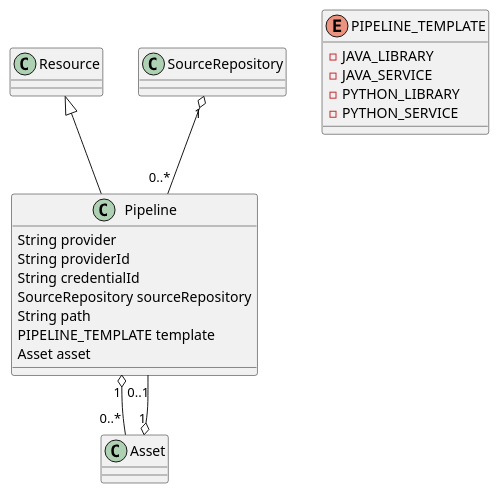
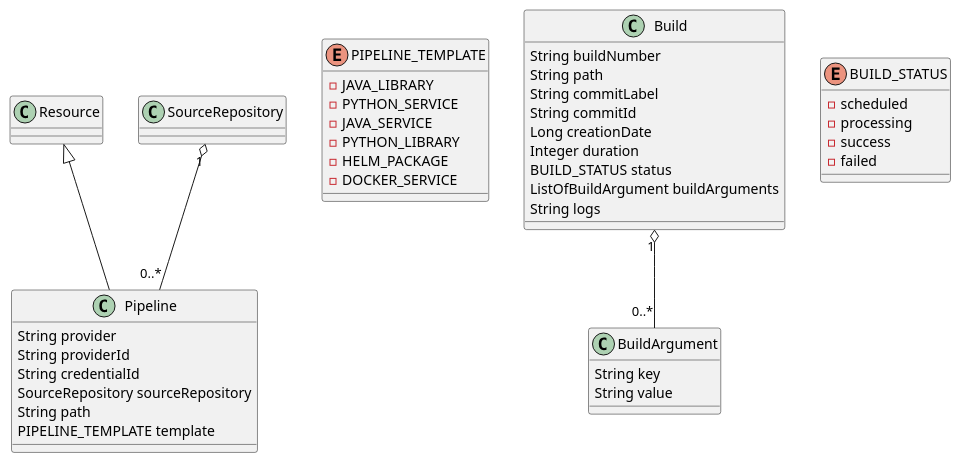
One commit to kathra-project/specifications changed the diagram in Use cases/Pipeline/model.puml. Above: the diagram before and after it, drawn with PlantUML. The commit also changed 26 other files, not shown here.

```diff
--- a/Use cases/Pipeline/model.puml
+++ b/Use cases/Pipeline/model.puml
@@ -1,24 +1,48 @@
 @startuml
 class  Pipeline {
   String provider
   String providerId
   String credentialId
   SourceRepository sourceRepository
   String path
   PIPELINE_TEMPLATE template
-  Asset asset
 }
-Pipeline "1" o-- "0..*" Asset
 Resource <|-- Pipeline
 SourceRepository "1" o-- "0..*" Pipeline
-Asset "1" o-- "0..1"   Pipeline
 
 
 enum PIPELINE_TEMPLATE {
          - JAVA_LIBRARY
+         - PYTHON_SERVICE
          - JAVA_SERVICE
          - PYTHON_LIBRARY
-         - PYTHON_SERVICE
+         - HELM_PACKAGE
+         - DOCKER_SERVICE
 }
 
+
+class Build {
+  String buildNumber
+  String path
+  String commitLabel
+  String commitId
+  Long creationDate
+  Integer duration
+  BUILD_STATUS status
+  ListOfBuildArgument buildArguments
+  String logs
+}
+Build "1" o-- "0..*" BuildArgument
+
+class BuildArgument {
+  String key
+  String value
+}
+
+enum BUILD_STATUS {
+  - scheduled
+  - processing
+  - success
+  - failed 
+}
 @enduml
```
